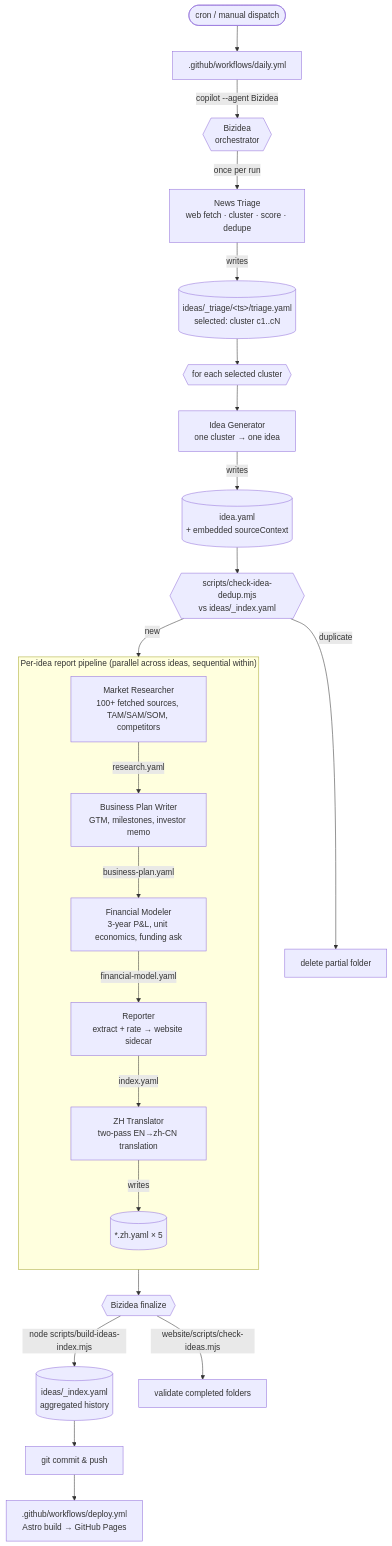
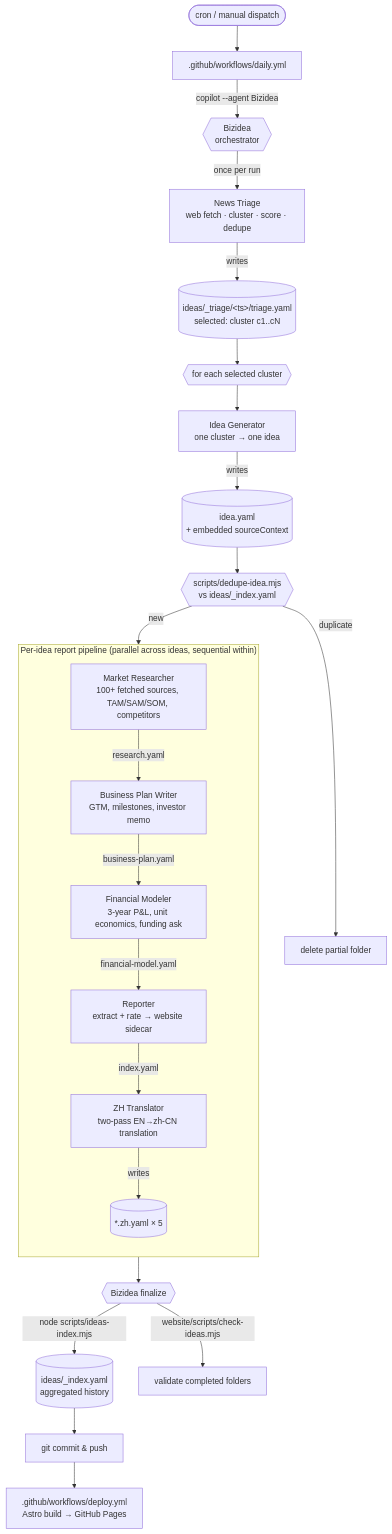
One commit to vibewatch/bizidea changed the diagram in README.md. Above: the diagram before and after it, drawn with Mermaid. The commit also changed other lines of this file and 8 other files, not shown here.

First line of the commit message:
refactor: update scripts and workflows for idea deduplication and index rebuilding

````diff
--- a/README.md
+++ b/README.md
@@ -13,30 +13,30 @@
 ```mermaid
 flowchart TD
   cron([cron / manual dispatch]) --> wf[".github/workflows/daily.yml"]
     wf -->|"copilot --agent Bizidea"| orch{{"Bizidea<br/>orchestrator"}}
 
     orch -->|"once per run"| triage["News Triage<br/>web fetch · cluster · score · dedupe"]
     triage -->|"writes"| triageFile[("ideas/_triage/&lt;ts&gt;/triage.yaml<br/>selected: cluster c1..cN")]
 
     triageFile --> fanout{{"for each selected cluster"}}
     fanout --> idea["Idea Generator<br/>one cluster &rarr; one idea"]
     idea -->|"writes"| ideaFile[("idea.yaml<br/>+ embedded sourceContext")]
-    ideaFile --> dedup{{"scripts/check-idea-dedup.mjs<br/>vs ideas/_index.yaml"}}
+    ideaFile --> dedup{{"scripts/dedupe-idea.mjs<br/>vs ideas/_index.yaml"}}
     dedup -->|"duplicate"| drop["delete partial folder"]
     dedup -->|"new"| pipeline
 
     subgraph pipeline ["Per-idea report pipeline (parallel across ideas, sequential within)"]
         direction TB
         mr["Market Researcher<br/>100+ fetched sources, TAM/SAM/SOM, competitors"] -->|"research.yaml"| bp["Business Plan Writer<br/>GTM, milestones, investor memo"]
         bp -->|"business-plan.yaml"| fm["Financial Modeler<br/>3-year P&amp;L, unit economics, funding ask"]
         fm -->|"financial-model.yaml"| rep["Reporter<br/>extract + rate &rarr; website sidecar"]
         rep -->|"index.yaml"| zh["ZH Translator<br/>two-pass EN&rarr;zh-CN translation"]
         zh -->|"writes"| zhFiles[("*.zh.yaml &times; 5")]
     end
 
     zhFiles --> finalize{{"Bizidea finalize"}}
-    finalize -->|"node scripts/build-ideas-index.mjs"| indexFile[("ideas/_index.yaml<br/>aggregated history")]
+    finalize -->|"node scripts/ideas-index.mjs"| indexFile[("ideas/_index.yaml<br/>aggregated history")]
     finalize -->|"website/scripts/check-ideas.mjs"| validate["validate completed folders"]
     indexFile --> push["git commit &amp; push"]
     push --> deploy[".github/workflows/deploy.yml<br/>Astro build &rarr; GitHub Pages"]
 ```
````
